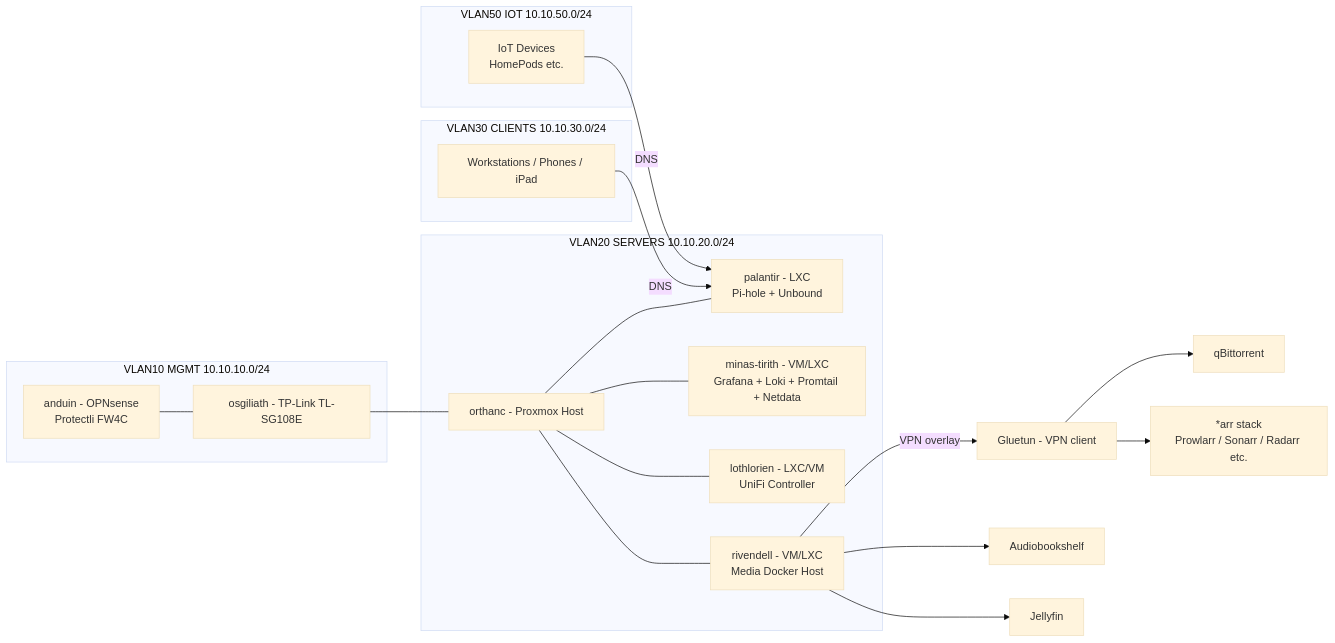
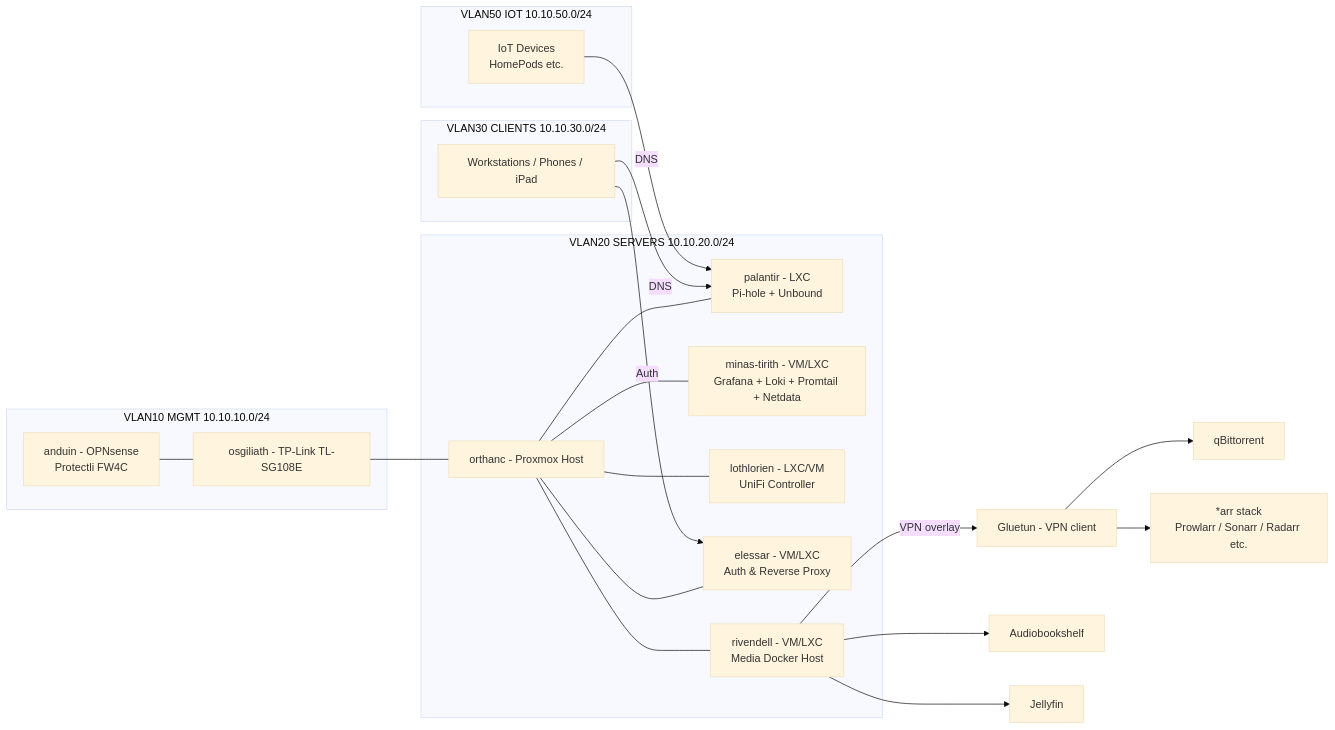
The diagram in diagrams/service-placement.mmd (APMurtha/homelab-operations), drawn with Mermaid (base theme) before and after one commit. The commit also changed 1 other file, not shown here.

Commit message:
diagrams: add elessar identity gateway to network and service placement

```diff
--- a/diagrams/service-placement.mmd
+++ b/diagrams/service-placement.mmd
@@ -1,37 +1,40 @@
 flowchart LR
   subgraph vlan10["VLAN10 MGMT 10.10.10.0/24"]
     opn[anduin - OPNsense<br/>Protectli FW4C]
     sw[osgiliath - TP-Link TL-SG108E]
   end
 
   subgraph vlan20["VLAN20 SERVERS 10.10.20.0/24"]
     pve[orthanc - Proxmox Host]
     pal[palantir - LXC<br/>Pi-hole + Unbound]
     minas[minas-tirith - VM/LXC<br/>Grafana + Loki + Promtail + Netdata]
     loth[lothlorien - LXC/VM<br/>UniFi Controller]
+    auth[elessar - VM/LXC<br/>Auth & Reverse Proxy]
     riv[rivendell - VM/LXC<br/>Media Docker Host]
   end
 
   subgraph vlan30["VLAN30 CLIENTS 10.10.30.0/24"]
     clients[Workstations / Phones / iPad]
   end
 
   subgraph vlan50["VLAN50 IOT 10.10.50.0/24"]
     iot[IoT Devices<br/>HomePods etc.]
   end
 
   opn --- sw
   sw --- pve
   pve --- pal
   pve --- minas
   pve --- loth
   pve --- riv
+  pve --- auth
 
   clients -->|DNS| pal
+  clients -->|Auth| auth
   iot -->|DNS| pal
 
   riv -->|VPN overlay| gluetun[Gluetun - VPN client]
   gluetun --> qb[qBittorrent]
   gluetun --> arrs[*arr stack<br/>Prowlarr / Sonarr / Radarr etc.]
   riv --> abs[Audiobookshelf]
   riv --> jf[Jellyfin]
```
